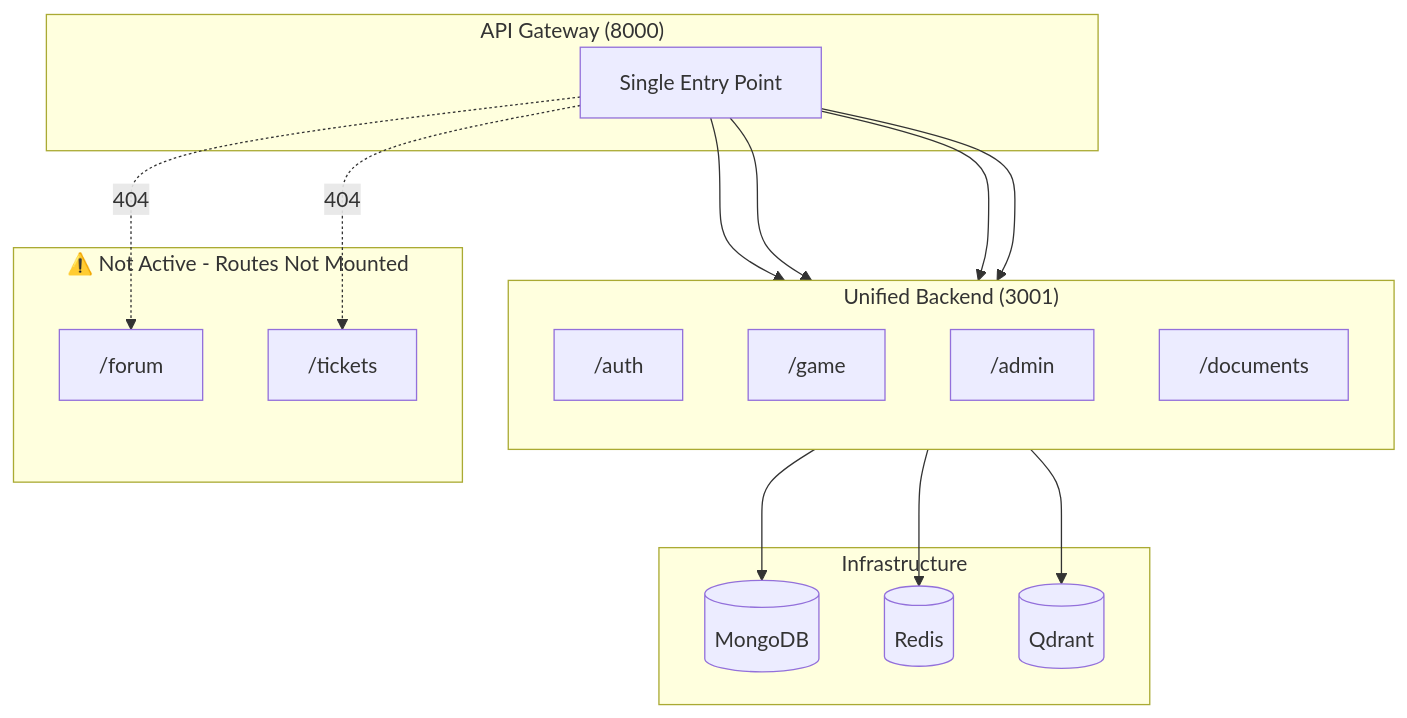
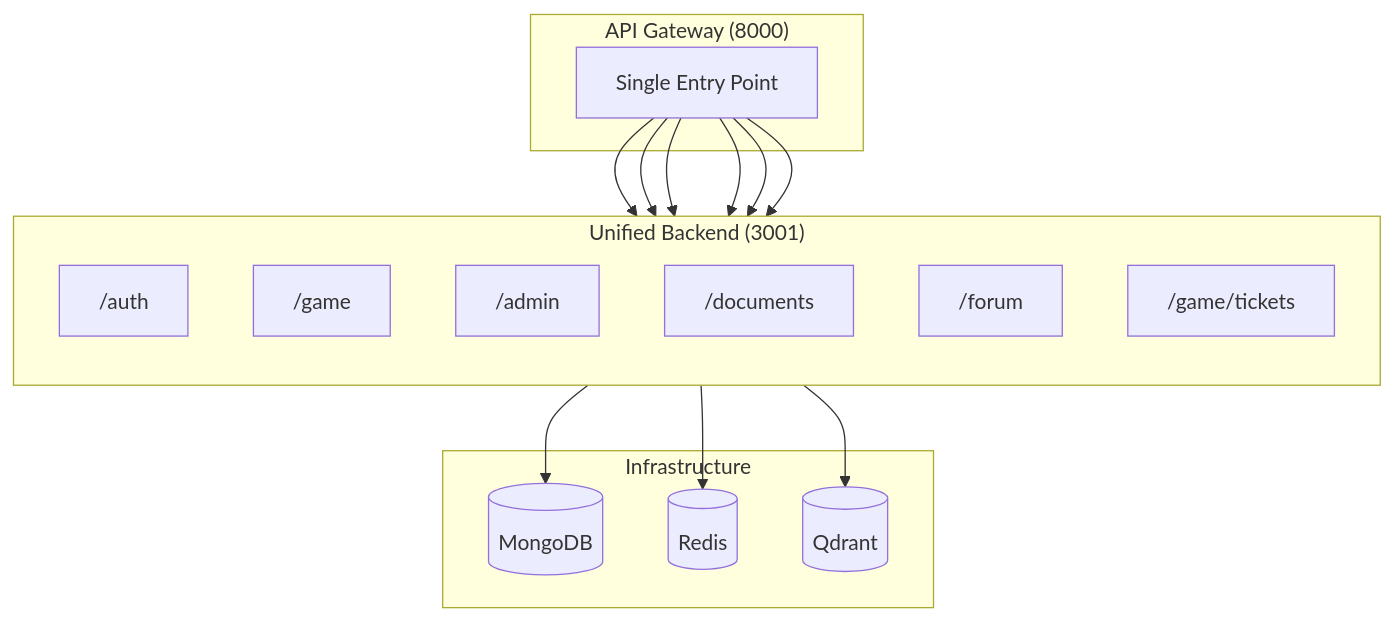
Before and after one commit to pagliagen/tenpennynovels: the second of 5 diagrams in docs/tecnica/backend/unified-backend.md, drawn with Mermaid. The commit also changed other lines of this file and 523 other files, not shown here.

````diff
--- a/docs/tecnica/backend/unified-backend.md
+++ b/docs/tecnica/backend/unified-backend.md
@@ -32,37 +32,33 @@
 ```mermaid
 flowchart TB
     subgraph Gateway["API Gateway (8000)"]
         GW[Single Entry Point]
     end
 
     subgraph Backend["Unified Backend (3001)"]
         direction TB
         A["/auth"]
         G["/game"]
         AD["/admin"]
         D["/documents"]
+        F["/forum"]
+        T["/game/tickets"]
     end
 
     GW --> A
     GW --> G
     GW --> AD
     GW --> D
-
-    subgraph NotMounted["⚠️ Not Active - Routes Not Mounted"]
-        F["/forum"]
-        T["/tickets"]
-    end
-
-    GW -.->|"404"| F
-    GW -.->|"404"| T
+    GW --> F
+    GW --> T
 
     subgraph Infra["Infrastructure"]
         MongoDB[(MongoDB)]
         Redis[(Redis)]
         Qdrant[(Qdrant)]
     end
 
     Backend --> MongoDB
     Backend --> Redis
     Backend --> Qdrant
 ```
````
